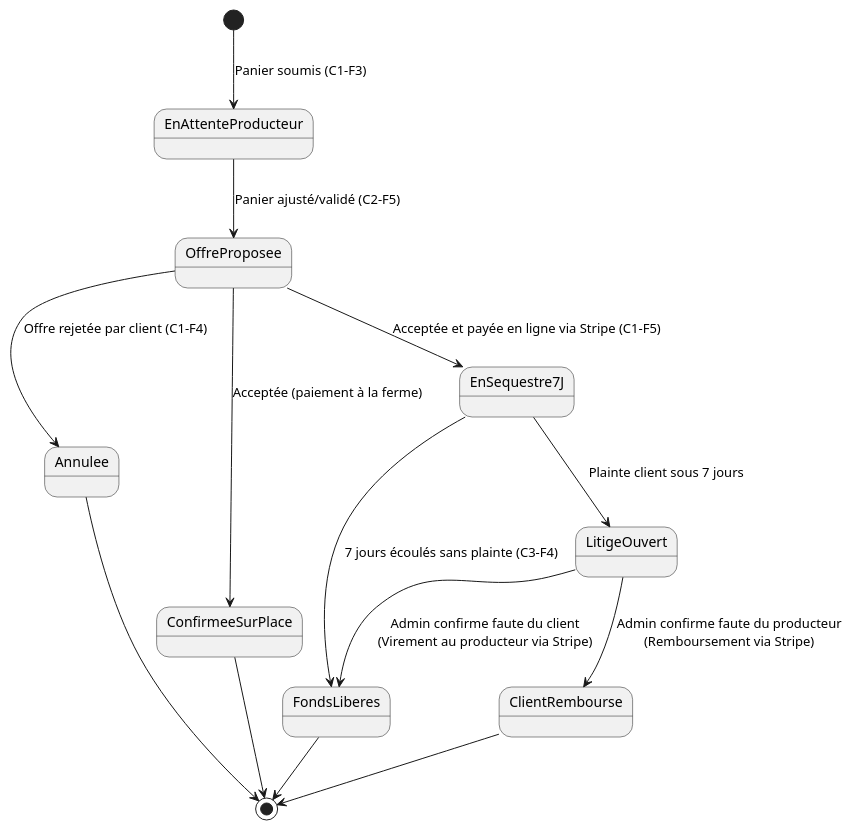
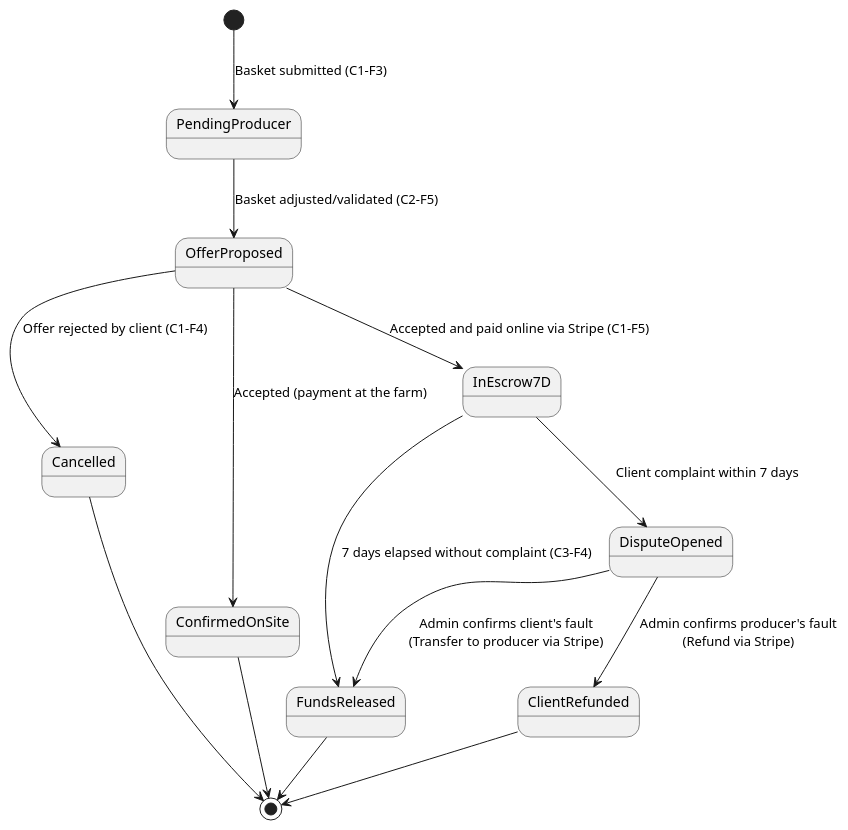
Before and after one commit to Uhrbaan/reis-panier-fermier: the fifth of 6 diagrams in REQUIREMENTS.md, drawn with PlantUML. The commit also changed other lines of this file and 14 other files, not shown here.

````diff
--- a/REQUIREMENTS.md
+++ b/REQUIREMENTS.md
@@ -551,24 +551,24 @@
 ```plantuml
 @startuml assets/diagrams/c3-f5
 skinparam shadowing false
 
-[*] --> EnAttenteProducteur : Panier soumis (C1-F3)
-EnAttenteProducteur --> OffreProposee : Panier ajusté/validé (C2-F5)
+[*] --> PendingProducer : Basket submitted (C1-F3)
+PendingProducer --> OfferProposed : Basket adjusted/validated (C2-F5)
 
-OffreProposee --> Annulee : Offre rejetée par client (C1-F4)
-OffreProposee --> ConfirmeeSurPlace : Acceptée (paiement à la ferme)
-OffreProposee --> EnSequestre7J : Acceptée et payée en ligne via Stripe (C1-F5)
+OfferProposed --> Cancelled : Offer rejected by client (C1-F4)
+OfferProposed --> ConfirmedOnSite : Accepted (payment at the farm)
+OfferProposed --> InEscrow7D : Accepted and paid online via Stripe (C1-F5)
 
-EnSequestre7J --> FondsLiberes : 7 jours écoulés sans plainte (C3-F4)
-EnSequestre7J --> LitigeOuvert : Plainte client sous 7 jours
+InEscrow7D --> FundsReleased : 7 days elapsed without complaint (C3-F4)
+InEscrow7D --> DisputeOpened : Client complaint within 7 days
 
-LitigeOuvert --> ClientRembourse : Admin confirme faute du producteur\n(Remboursement via Stripe)
-LitigeOuvert --> FondsLiberes : Admin confirme faute du client\n(Virement au producteur via Stripe)
+DisputeOpened --> ClientRefunded : Admin confirms producer's fault\n(Refund via Stripe)
+DisputeOpened --> FundsReleased : Admin confirms client's fault\n(Transfer to producer via Stripe)
 
-Annulee --> [*]
-ConfirmeeSurPlace --> [*]
-FondsLiberes --> [*]
-ClientRembourse --> [*]
+Cancelled --> [*]
+ConfirmedOnSite --> [*]
+FundsReleased --> [*]
+ClientRefunded --> [*]
 
 @enduml
 ```
````
